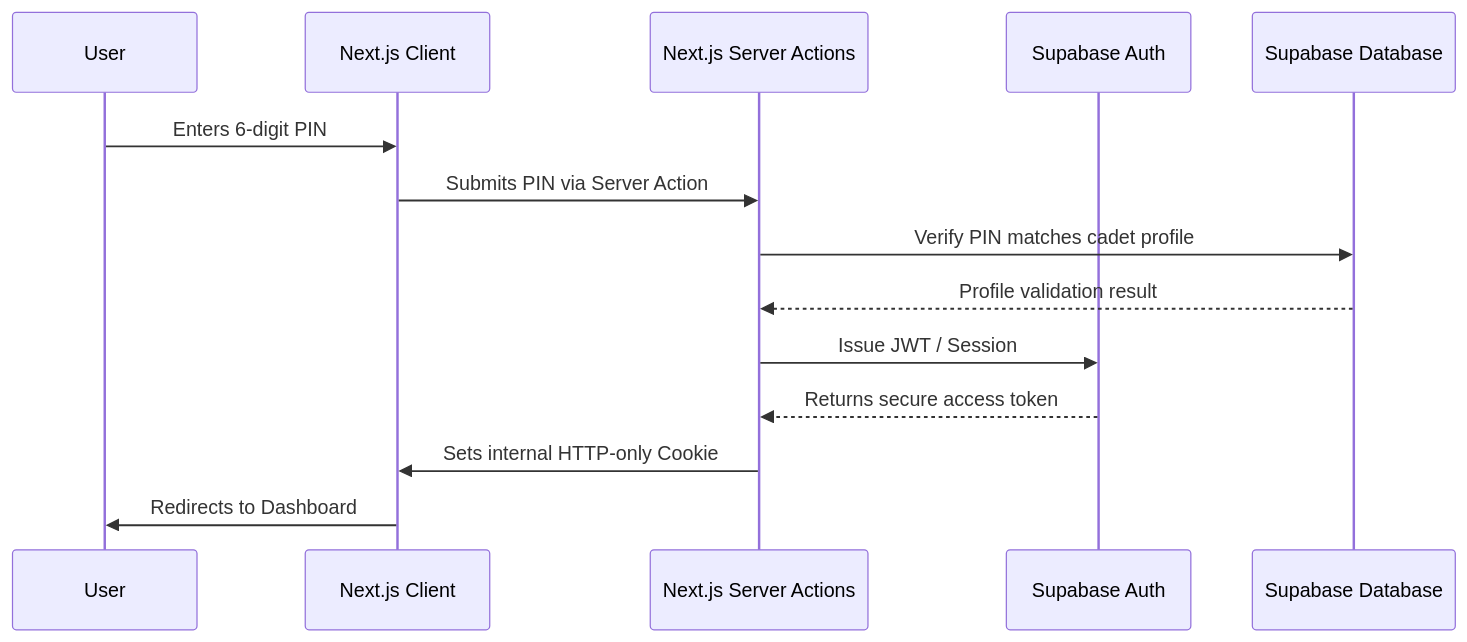
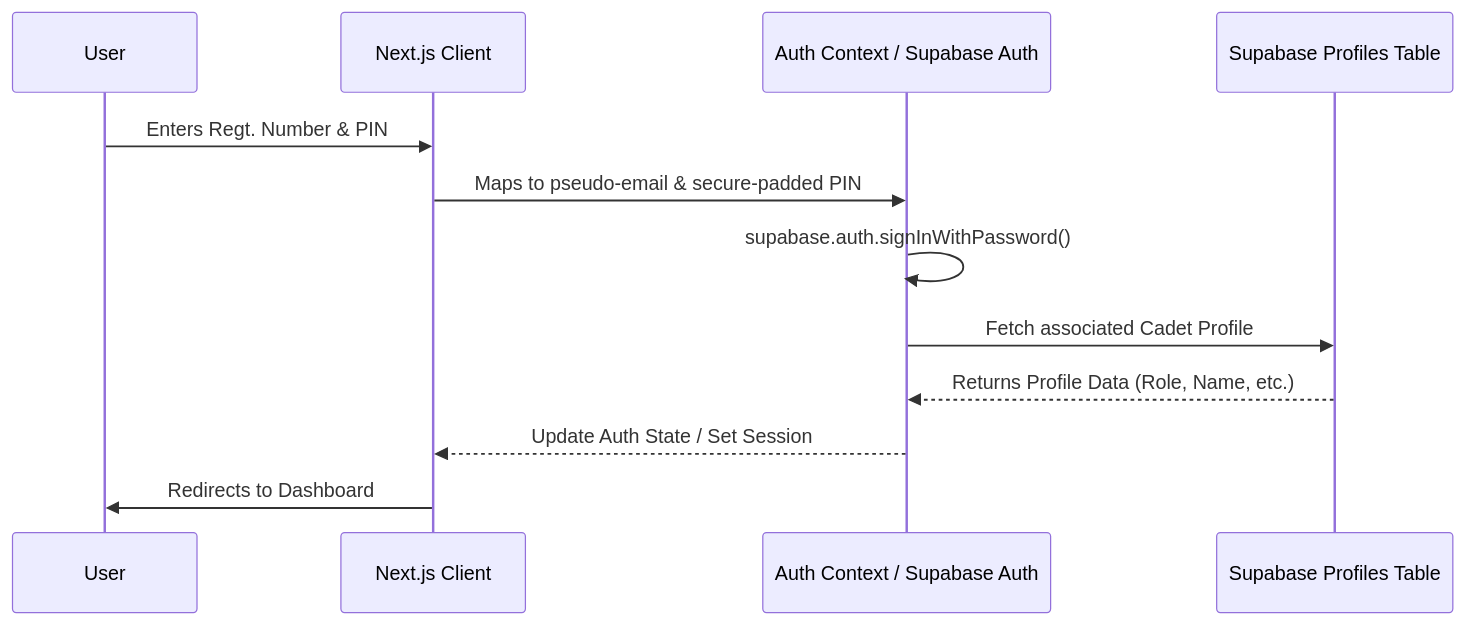
Before and after one commit to CaptainCheetah978/RGU-NCC-Web-Application: the first of 4 diagrams in ARCHITECTURE.md, drawn with Mermaid. The commit also changed 4 other files, not shown here.

````diff
--- a/ARCHITECTURE.md
+++ b/ARCHITECTURE.md
@@ -10,17 +10,15 @@
 ```mermaid
 sequenceDiagram
     participant User
     participant Client as Next.js Client
-    participant Server as Next.js Server Actions
-    participant SubaAuth as Supabase Auth
-    participant DB as Supabase Database
+    participant Server as Auth Context / Supabase Auth
+    participant DB as Supabase Profiles Table
 
-    User->>Client: Enters 6-digit PIN
-    Client->>Server: Submits PIN via Server Action
-    Server->>DB: Verify PIN matches cadet profile
-    DB-->>Server: Profile validation result
-    Server->>SubaAuth: Issue JWT / Session
-    SubaAuth-->>Server: Returns secure access token
-    Server->>Client: Sets internal HTTP-only Cookie
+    User->>Client: Enters Regt. Number & PIN
+    Client->>Server: Maps to pseudo-email & secure-padded PIN
+    Server->>Server: supabase.auth.signInWithPassword()
+    Server->>DB: Fetch associated Cadet Profile
+    DB-->>Server: Returns Profile Data (Role, Name, etc.)
+    Server-->>Client: Update Auth State / Set Session
     Client->>User: Redirects to Dashboard
 ```
````
